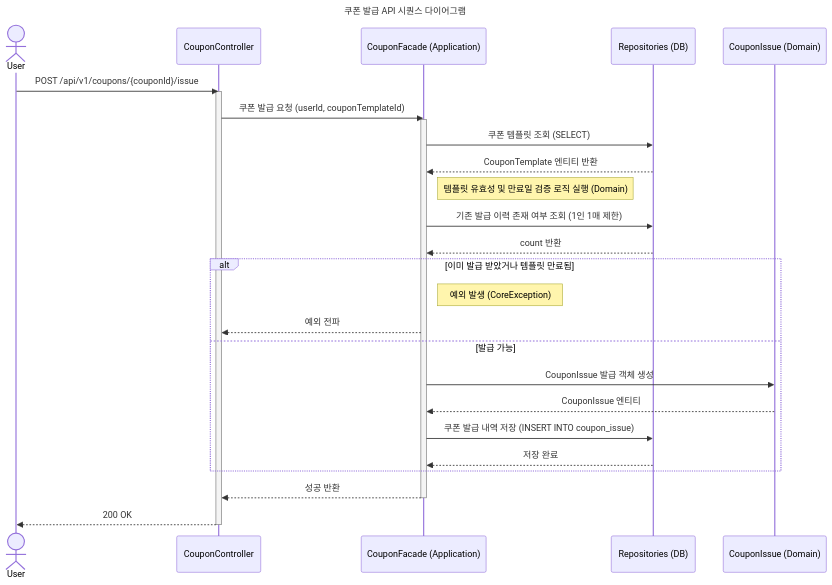
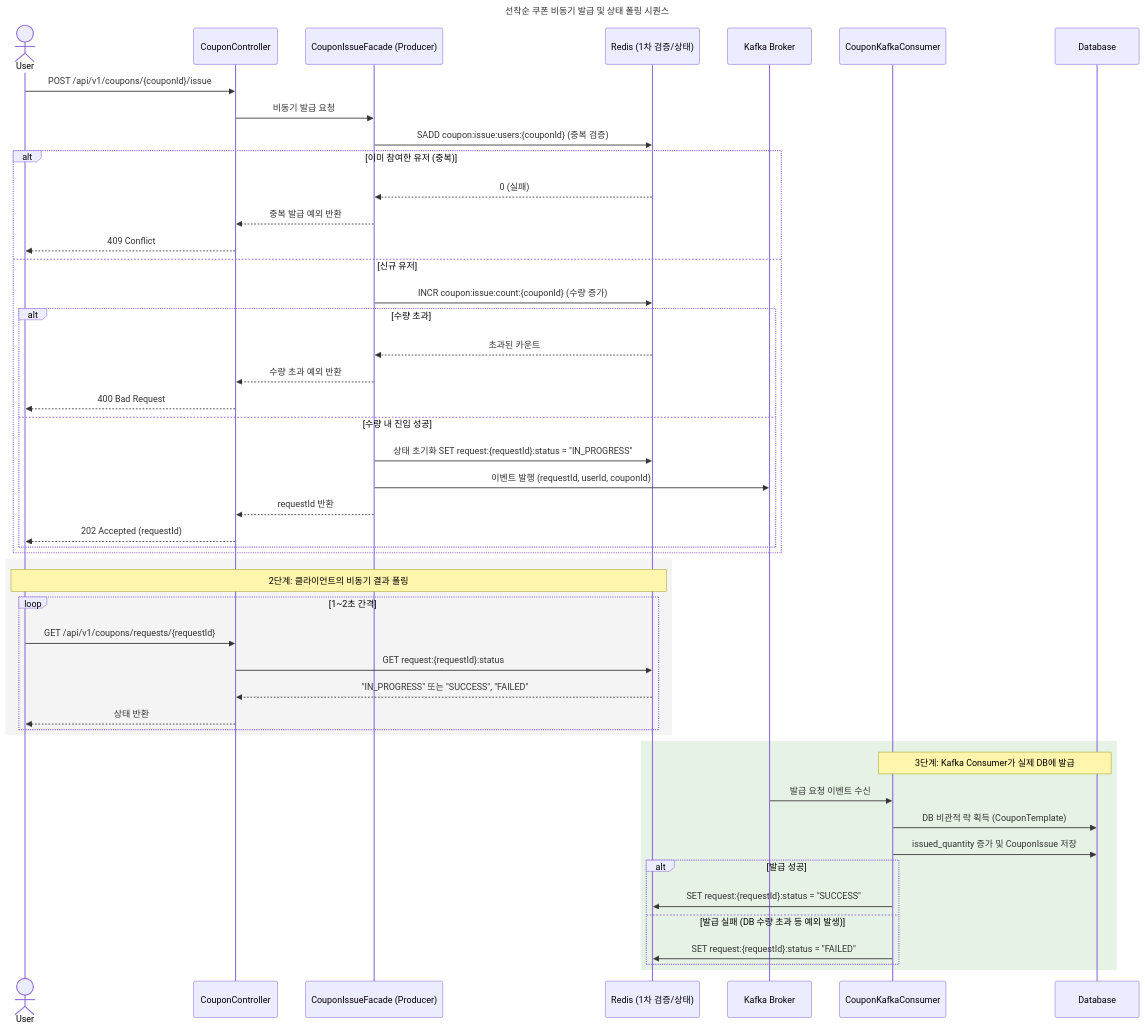
Before and after one commit to eelseungmin/loop-pack-be-l2-vol4-java: the seventh of 12 diagrams in docs/week2/02-sequence-diagrams.md, drawn with Mermaid. The commit also changed 3 other files, not shown here.

Commit message:
docs: 선착순 쿠폰 비동기 발급 설계 문서 업데이트

````diff
--- a/docs/week2/02-sequence-diagrams.md
+++ b/docs/week2/02-sequence-diagrams.md
@@ -303,37 +303,58 @@
 ```mermaid
 sequenceDiagram
-    title 쿠폰 발급 API 시퀀스 다이어그램
+    title 선착순 쿠폰 비동기 발급 및 상태 폴링 시퀀스
     actor User
     participant Controller as CouponController
-    participant Facade as CouponFacade (Application)
-    participant Repo as Repositories (DB)
-    participant Domain as CouponIssue (Domain)
+    participant Facade as CouponIssueFacade (Producer)
+    participant Redis as Redis (1차 검증/상태)
+    participant Kafka as Kafka Broker
+    participant Consumer as CouponKafkaConsumer
+    participant DB as Database
 
+    %% 1단계: 발급 요청 (Producer)
     User->>Controller: POST /api/v1/coupons/{couponId}/issue
-    activate Controller
-
-    Controller->>Facade: 쿠폰 발급 요청 (userId, couponTemplateId)
-    activate Facade
-
-    Facade->>Repo: 쿠폰 템플릿 조회 (SELECT)
-    Repo-->>Facade: CouponTemplate 엔티티 반환
-
-    Note right of Facade: 템플릿 유효성 및 만료일 검증 로직 실행 (Domain)
-    Facade->>Repo: 기존 발급 이력 존재 여부 조회 (1인 1매 제한)
-    Repo-->>Facade: count 반환 
-
-    alt 이미 발급 받았거나 템플릿 만료됨
-        Note right of Facade: 예외 발생 (CoreException)
-        Facade-->>Controller: 예외 전파
-    else 발급 가능
-        Facade->>Domain: CouponIssue 발급 객체 생성
-        Domain-->>Facade: CouponIssue 엔티티
-        Facade->>Repo: 쿠폰 발급 내역 저장 (INSERT INTO coupon_issue)
-        Repo-->>Facade: 저장 완료
+    Controller->>Facade: 비동기 발급 요청
+    
+    Facade->>Redis: SADD coupon:issue:users:{couponId} (중복 검증)
+    alt 이미 참여한 유저 (중복)
+        Redis-->>Facade: 0 (실패)
+        Facade-->>Controller: 중복 발급 예외 반환
+        Controller-->>User: 409 Conflict
+    else 신규 유저
+        Facade->>Redis: INCR coupon:issue:count:{couponId} (수량 증가)
+        alt 수량 초과
+            Redis-->>Facade: 초과된 카운트
+            Facade-->>Controller: 수량 초과 예외 반환
+            Controller-->>User: 400 Bad Request
+        else 수량 내 진입 성공
+            Facade->>Redis: 상태 초기화 SET request:{requestId}:status = "IN_PROGRESS"
+            Facade->>Kafka: 이벤트 발행 (requestId, userId, couponId)
+            Facade-->>Controller: requestId 반환
+            Controller-->>User: 202 Accepted (requestId)
+        end
     end
 
-    Facade-->>Controller: 성공 반환
-    deactivate Facade
-    Controller-->>User: 200 OK
-    deactivate Controller
+    %% 2단계: 결과 폴링
+    rect rgba(200, 200, 200, 0.2)
+        Note over User, Redis: 2단계: 클라이언트의 비동기 결과 폴링
+        loop 1~2초 간격
+            User->>Controller: GET /api/v1/coupons/requests/{requestId}
+            Controller->>Redis: GET request:{requestId}:status
+            Redis-->>Controller: "IN_PROGRESS" 또는 "SUCCESS", "FAILED"
+            Controller-->>User: 상태 반환
+        end
+    end
+
+    %% 3단계: 백그라운드 발급 (Consumer)
+    rect rgba(0, 128, 0, 0.1)
+        Note over Consumer, DB: 3단계: Kafka Consumer가 실제 DB에 발급
+        Kafka->>Consumer: 발급 요청 이벤트 수신
+        Consumer->>DB: DB 비관적 락 획득 (CouponTemplate)
+        Consumer->>DB: issued_quantity 증가 및 CouponIssue 저장
+        alt 발급 성공
+            Consumer->>Redis: SET request:{requestId}:status = "SUCCESS"
+        else 발급 실패 (DB 수량 초과 등 예외 발생)
+            Consumer->>Redis: SET request:{requestId}:status = "FAILED"
+        end
+    end
 ```
````
